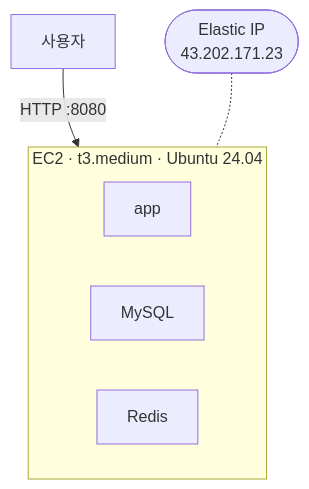
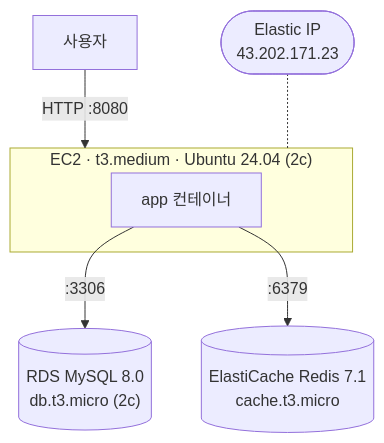
One commit to NohGar/DrawRace2026-extended changed the first of 2 diagrams in docs/infra.md. Above: the diagram before and after it, drawn with Mermaid. The commit also changed other lines of this file, not shown here.

````diff
--- a/docs/infra.md
+++ b/docs/infra.md
@@ -11,13 +15,13 @@
 ```mermaid
 flowchart TB
     U["사용자"] -->|"HTTP :8080"| EC2
 
-    subgraph EC2["EC2 · t3.medium · Ubuntu 24.04"]
-        direction LR
-        APP["app"]
-        MYSQL["MySQL"]
-        REDIS["Redis"]
+    subgraph EC2["EC2 · t3.medium · Ubuntu 24.04 (2c)"]
+        APP["app 컨테이너"]
     end
+
+    APP -->|":3306"| RDS[("RDS MySQL 8.0<br/>db.t3.micro (2c)")]
+    APP -->|":6379"| CACHE[("ElastiCache Redis 7.1<br/>cache.t3.micro")]
 
     EIP(["Elastic IP<br/>43.202.171.23"]) -.- EC2
 ```
````
